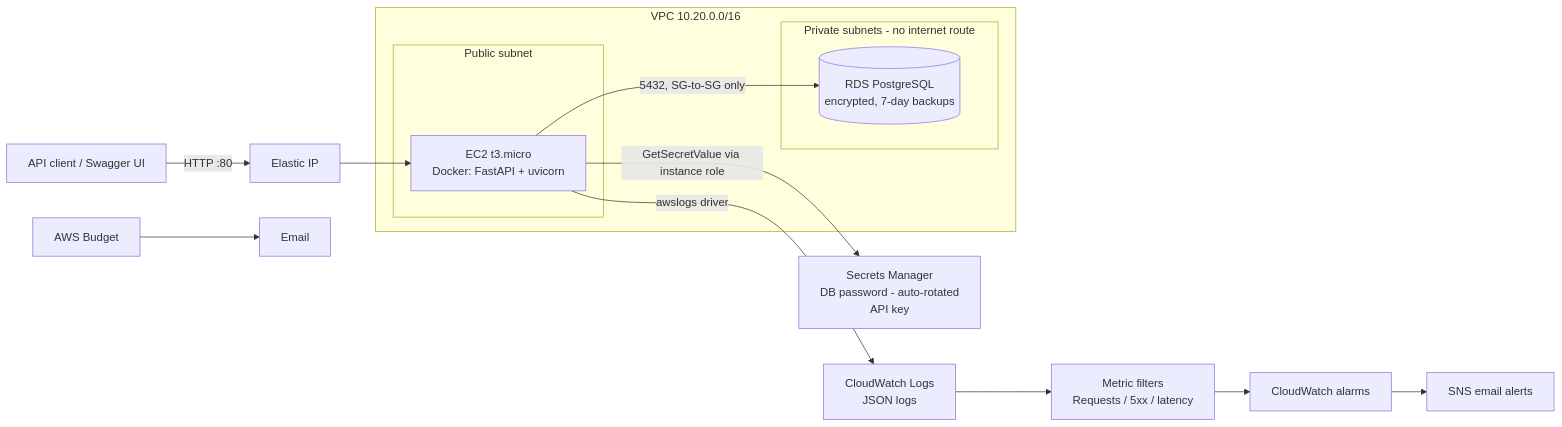
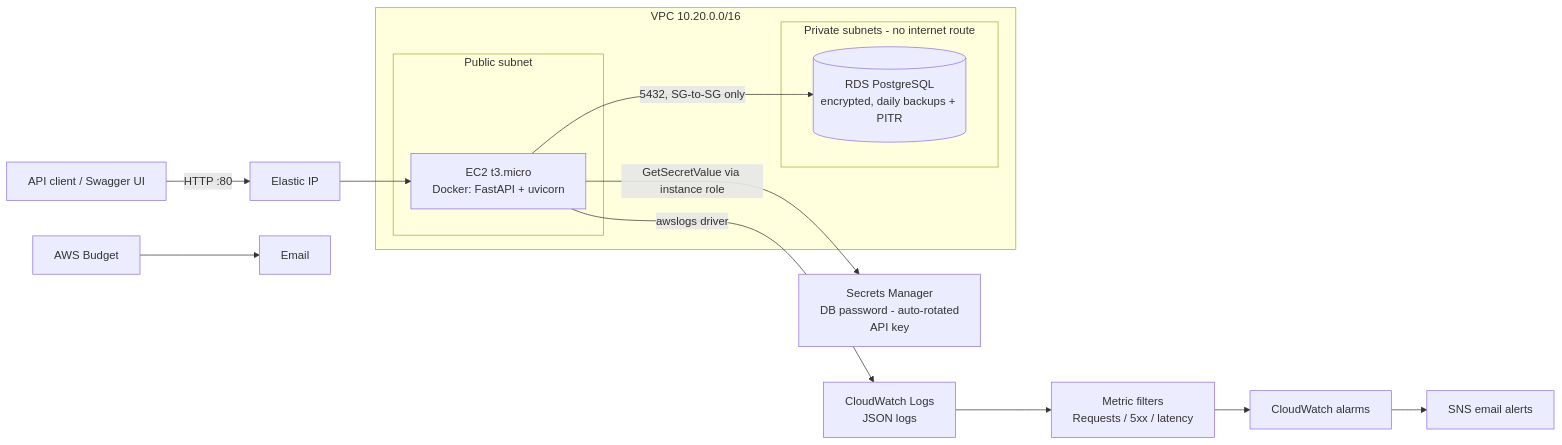
One commit to PedJay/ArrowStack_Internship_Project1_Cloud_Hosted_Business_API changed the diagram in README.md. Above: the diagram before and after it, drawn with Mermaid. The commit also changed other lines of this file and 7 other files, not shown here.

First line of the commit message:
Make RDS backup retention a parameter (free plan allows 1 day)

````diff
--- a/README.md
+++ b/README.md
@@ -18,20 +18,20 @@
 ```mermaid
 flowchart LR
     U[API client / Swagger UI] -->|HTTP :80| EIP[Elastic IP]
     subgraph VPC 10.20.0.0/16
       subgraph Public subnet
         EC2[EC2 t3.micro<br/>Docker: FastAPI + uvicorn]
       end
       subgraph Private subnets - no internet route
-        RDS[(RDS PostgreSQL<br/>encrypted, 7-day backups)]
+        RDS[(RDS PostgreSQL<br/>encrypted, daily backups + PITR)]
       end
     end
     EIP --> EC2
     EC2 -->|5432, SG-to-SG only| RDS
     EC2 -->|GetSecretValue via instance role| SM[Secrets Manager<br/>DB password - auto-rotated<br/>API key]
     EC2 -->|awslogs driver| CWL[CloudWatch Logs<br/>JSON logs]
     CWL --> MF[Metric filters<br/>Requests / 5xx / latency]
     MF --> AL[CloudWatch alarms]
     AL --> SNS[SNS email alerts]
     B[AWS Budget] --> SNS2[Email]
 ```
````
